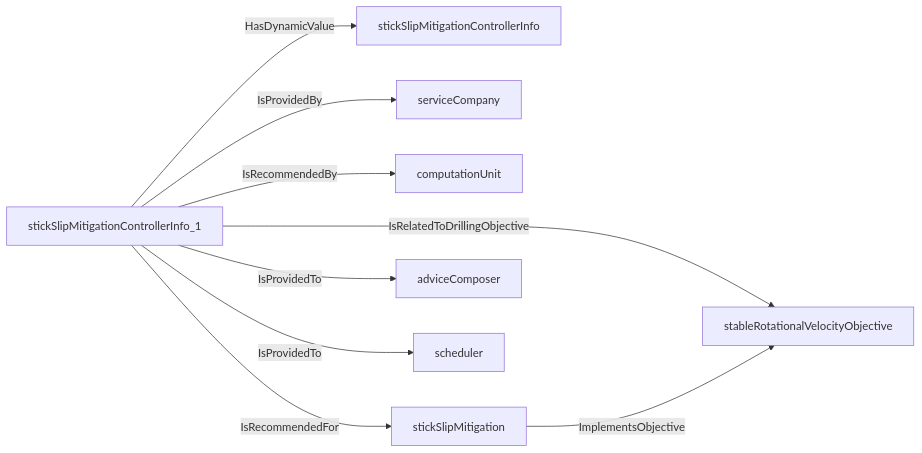
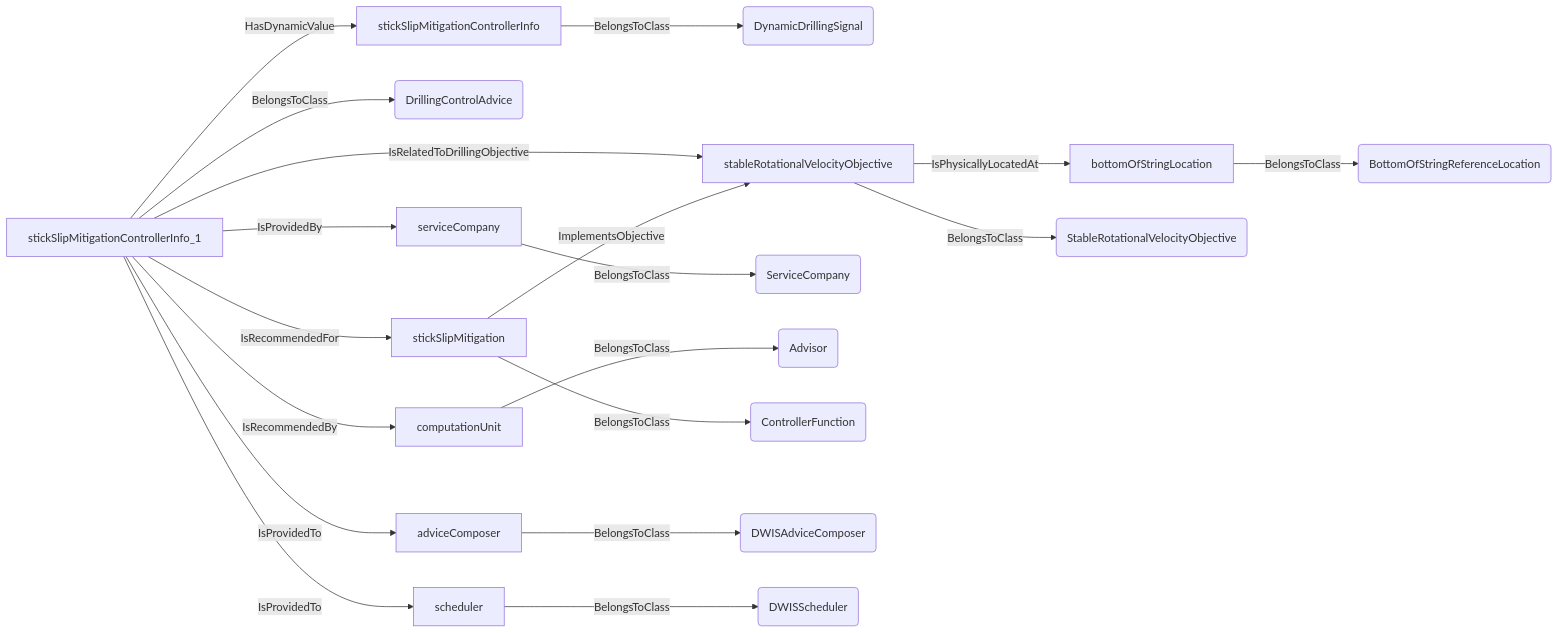
One commit to D-WIS/DDHub-Semantic-Interoperability changed the third of 10 diagrams in docs/vocabulary_development/auto-generated/md/definition-files/DrillingObjective.md. Above: the diagram before and after it, drawn with Mermaid. The commit also changed other lines of this file and 14 other files, not shown here.

````diff
--- a/docs/vocabulary_development/auto-generated/md/definition-files/DrillingObjective.md
+++ b/docs/vocabulary_development/auto-generated/md/definition-files/DrillingObjective.md
@@ -130,11 +167,21 @@
 ```mermaid
 graph LR
-	N0000[stickSlipMitigationControllerInfo_1] -->|HasDynamicValue| N0001[stickSlipMitigationControllerInfo] 
-	N0000[stickSlipMitigationControllerInfo_1] -->|IsRelatedToDrillingObjective| N0002[stableRotationalVelocityObjective] 
-	N0000[stickSlipMitigationControllerInfo_1] -->|IsProvidedBy| N0003[serviceCompany] 
-	N0000[stickSlipMitigationControllerInfo_1] -->|IsRecommendedBy| N0004[computationUnit] 
-	N0005[stickSlipMitigation] -->|ImplementsObjective| N0002[stableRotationalVelocityObjective] 
-	N0000[stickSlipMitigationControllerInfo_1] -->|IsRecommendedFor| N0005[stickSlipMitigation] 
-	N0000[stickSlipMitigationControllerInfo_1] -->|IsProvidedTo| N0006[adviceComposer] 
-	N0000[stickSlipMitigationControllerInfo_1] -->|IsProvidedTo| N0007[scheduler] 
+	N0000[stickSlipMitigationControllerInfo] -->|BelongsToClass| N0001(DynamicDrillingSignal) 
+	N0002[stickSlipMitigationControllerInfo_1] -->|BelongsToClass| N0003(DrillingControlAdvice) 
+	N0002[stickSlipMitigationControllerInfo_1] -->|HasDynamicValue| N0000[stickSlipMitigationControllerInfo] 
+	N0004[bottomOfStringLocation] -->|BelongsToClass| N0005(BottomOfStringReferenceLocation) 
+	N0006[stableRotationalVelocityObjective] -->|BelongsToClass| N0007(StableRotationalVelocityObjective) 
+	N0006[stableRotationalVelocityObjective] -->|IsPhysicallyLocatedAt| N0004[bottomOfStringLocation] 
+	N0002[stickSlipMitigationControllerInfo_1] -->|IsRelatedToDrillingObjective| N0006[stableRotationalVelocityObjective] 
+	N0008[serviceCompany] -->|BelongsToClass| N0009(ServiceCompany) 
+	N0002[stickSlipMitigationControllerInfo_1] -->|IsProvidedBy| N0008[serviceCompany] 
+	N0010[computationUnit] -->|BelongsToClass| N0011(Advisor) 
+	N0002[stickSlipMitigationControllerInfo_1] -->|IsRecommendedBy| N0010[computationUnit] 
+	N0012[stickSlipMitigation] -->|BelongsToClass| N0013(ControllerFunction) 
+	N0012[stickSlipMitigation] -->|ImplementsObjective| N0006[stableRotationalVelocityObjective] 
+	N0002[stickSlipMitigationControllerInfo_1] -->|IsRecommendedFor| N0012[stickSlipMitigation] 
+	N0014[adviceComposer] -->|BelongsToClass| N0015(DWISAdviceComposer) 
+	N0002[stickSlipMitigationControllerInfo_1] -->|IsProvidedTo| N0014[adviceComposer] 
+	N0016[scheduler] -->|BelongsToClass| N0017(DWISScheduler) 
+	N0002[stickSlipMitigationControllerInfo_1] -->|IsProvidedTo| N0016[scheduler] 
 ```
````
